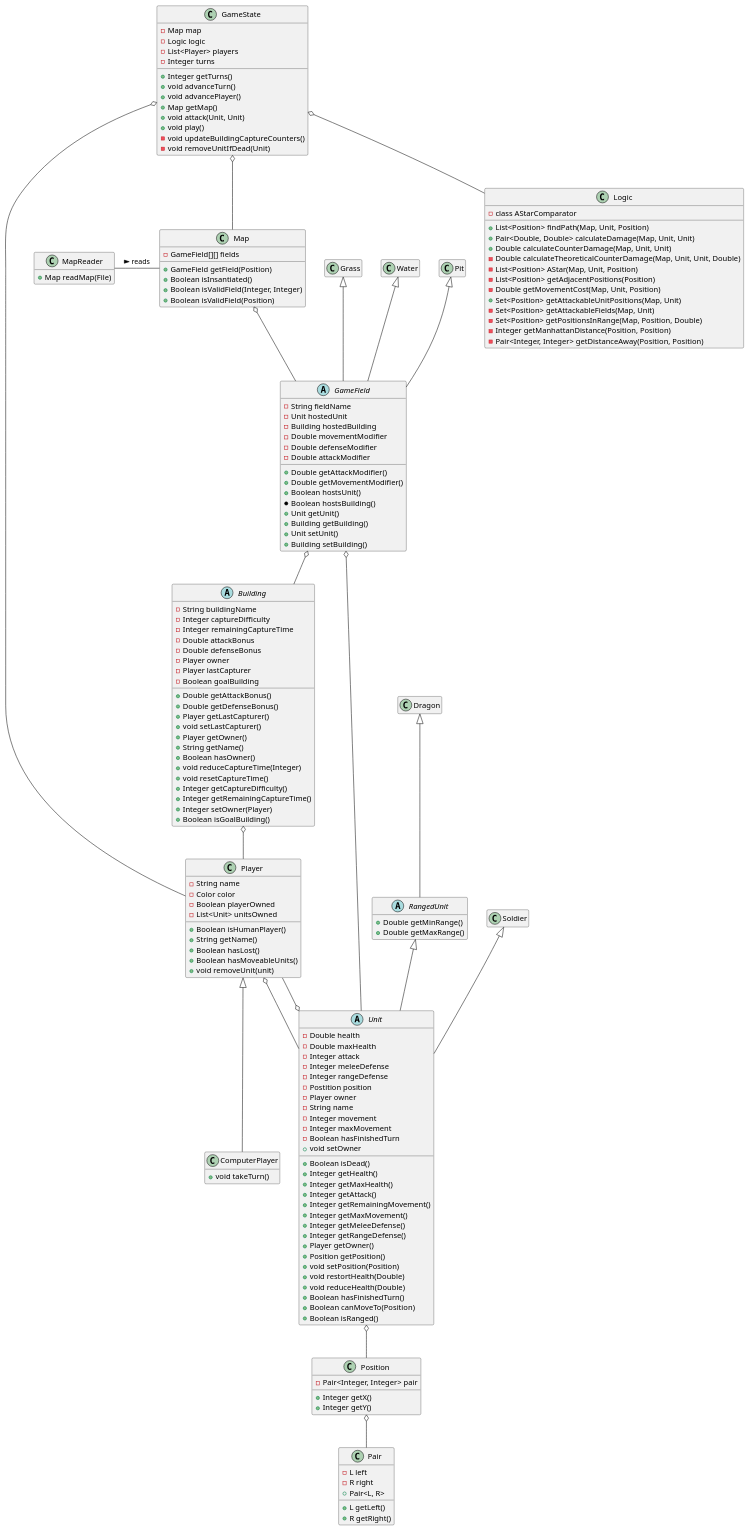
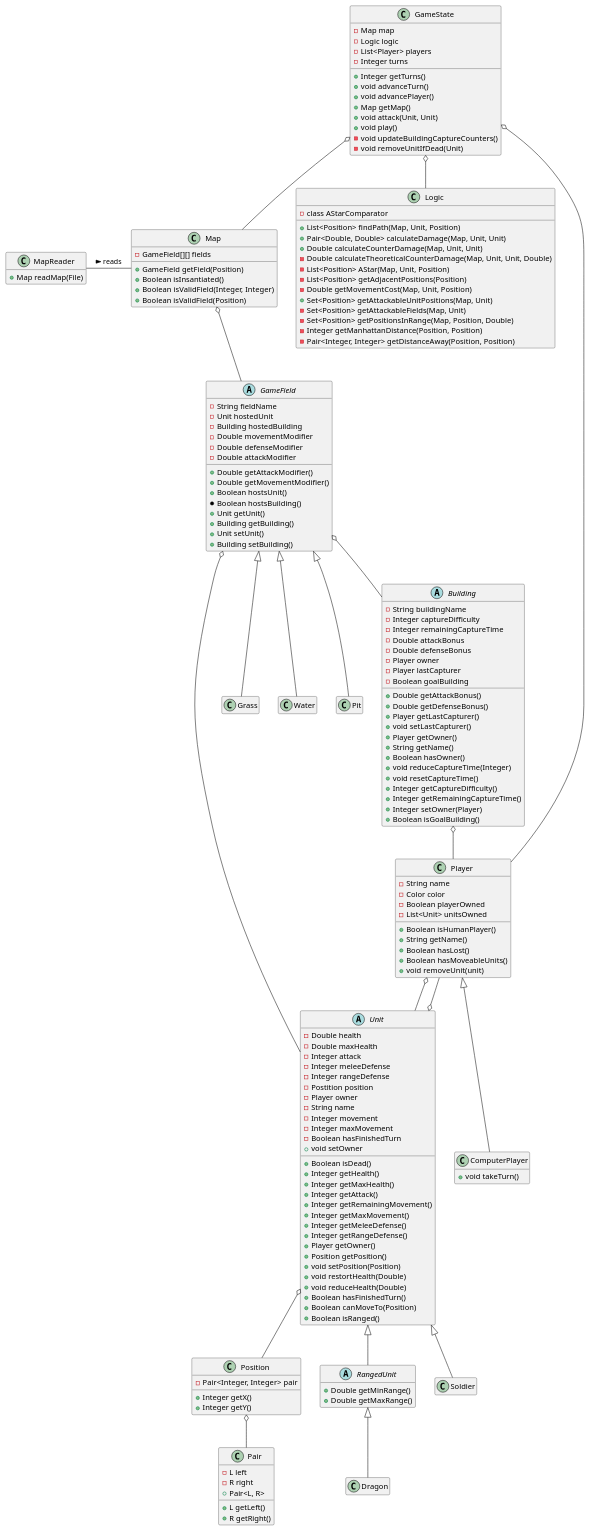
Before and after one commit to Fuuzetsu/dragon-wars: the diagram in doc/uml.plantuml, drawn with PlantUML.

Commit message:
Fix arrow direction

```diff
--- a/doc/uml.plantuml
+++ b/doc/uml.plantuml
@@ -1,192 +1,192 @@
 @startuml
 GameState o-- Map
 GameState o-- Logic
 GameState o-- Player
 Building o-- Player
 MapReader - Map : reads >
 Map o-- GameField
 GameField o-- Building
 GameField o-- Unit
 Position o-- Pair
 Unit o-- Position
 Unit o-- Player
 Player o-- Unit
 Player <|-- ComputerPlayer
-RangedUnit <|-- Unit
-Dragon <|-- RangedUnit
-Soldier <|-- Unit
-Grass <|-- GameField
-Water <|-- GameField
-Pit <|-- GameField
+Unit <|-- RangedUnit
+RangedUnit <|-- Dragon
+Unit <|-- Soldier
+GameField <|-- Grass
+GameField <|-- Water
+GameField <|-- Pit
 
 
 class GameState {
       -Map map
       -Logic logic
       -List<Player> players
       -Integer turns
       +Integer getTurns()
       +void advanceTurn()
       +void advancePlayer()
       +Map getMap()
       +void attack(Unit, Unit)
       +void play()
       -void updateBuildingCaptureCounters()
       -void removeUnitIfDead(Unit)
       
 }
 
 class Map {
       -GameField[][] fields
       +GameField getField(Position)
       +Boolean isInsantiated()
       +Boolean isValidField(Integer, Integer)
       +Boolean isValidField(Position)
 }
 
 class Position {
       -Pair<Integer, Integer> pair
       +Integer getX()
       +Integer getY()
 }
 
 class MapReader {
       +Map readMap(File)
 }
 
 class Pair {
       -L left
       -R right
       +Pair<L, R>
       +L getLeft()
       +R getRight()
 }
 
 abstract class Unit {	 
       -Double health
       -Double maxHealth
       -Integer attack
       -Integer meleeDefense
       -Integer rangeDefense
       -Postition position
       -Player owner
       -String name
       -Integer movement
       -Integer maxMovement
       -Boolean hasFinishedTurn
       +Boolean isDead()
       +Integer getHealth()
       +Integer getMaxHealth()
       +Integer getAttack()
       +Integer getRemainingMovement()			 	 
       +Integer getMaxMovement()			 	 
       +Integer getMeleeDefense()
       +Integer getRangeDefense()
       +Player getOwner()
       +void setOwner
       +Position getPosition()
       +void setPosition(Position)
       +void restortHealth(Double)
       +void reduceHealth(Double)
       +Boolean hasFinishedTurn()
       +Boolean canMoveTo(Position)
       +Boolean isRanged()
 }
 
 class Logic {
       +List<Position> findPath(Map, Unit, Position)
       +Pair<Double, Double> calculateDamage(Map, Unit, Unit)
       +Double calculateCounterDamage(Map, Unit, Unit)
       -Double calculateTheoreticalCounterDamage(Map, Unit, Unit, Double)
       -List<Position> AStar(Map, Unit, Position)
       -List<Position> getAdjacentPositions(Position)
       -class AStarComparator
       -Double getMovementCost(Map, Unit, Position)
       +Set<Position> getAttackableUnitPositions(Map, Unit)
       -Set<Position> getAttackableFields(Map, Unit)
       -Set<Position> getPositionsInRange(Map, Position, Double)
       -Integer getManhattanDistance(Position, Position)
       -Pair<Integer, Integer> getDistanceAway(Position, Position)
       
 }
 
 class Player {
       -String name
       -Color color
       -Boolean playerOwned
       -List<Unit> unitsOwned
       +Boolean isHumanPlayer()
       +String getName()
       +Boolean hasLost()
       +Boolean hasMoveableUnits()
       +void removeUnit(unit)
 }
 
 class ComputerPlayer {
       +void takeTurn()
 }
 
 abstract class Building {
       -String buildingName
       -Integer captureDifficulty
       -Integer remainingCaptureTime
       -Double attackBonus
       -Double defenseBonus
       -Player owner
       -Player lastCapturer
       -Boolean goalBuilding
       +Double getAttackBonus()
       +Double getDefenseBonus()
       +Player getLastCapturer()
       +void setLastCapturer()
       +Player getOwner()
       +String getName()
       +Boolean hasOwner()
       +void reduceCaptureTime(Integer)
       +void resetCaptureTime()
       +Integer getCaptureDifficulty()
       +Integer getRemainingCaptureTime()
       +Integer setOwner(Player)
       +Boolean isGoalBuilding()      
 }
 
 abstract class GameField {
       -String fieldName
       -Unit hostedUnit
       -Building hostedBuilding
       -Double movementModifier
       -Double defenseModifier
       -Double attackModifier
       +Double getAttackModifier()
       +Double getMovementModifier()
       +Boolean hostsUnit()
       *Boolean hostsBuilding()
       +Unit getUnit()
       +Building getBuilding()
       +Unit setUnit()
       +Building setBuilding()
 }
 
 abstract class RangedUnit {
       +Double getMinRange()
       +Double getMaxRange()
 }
 
 class Dragon {
 }
 
 class Soldier {
 }
 
 class Grass {
 }
 
 class Pit {
 }
 
 class Water {
 }
 
 hide empty members
 
 @enduml
```
